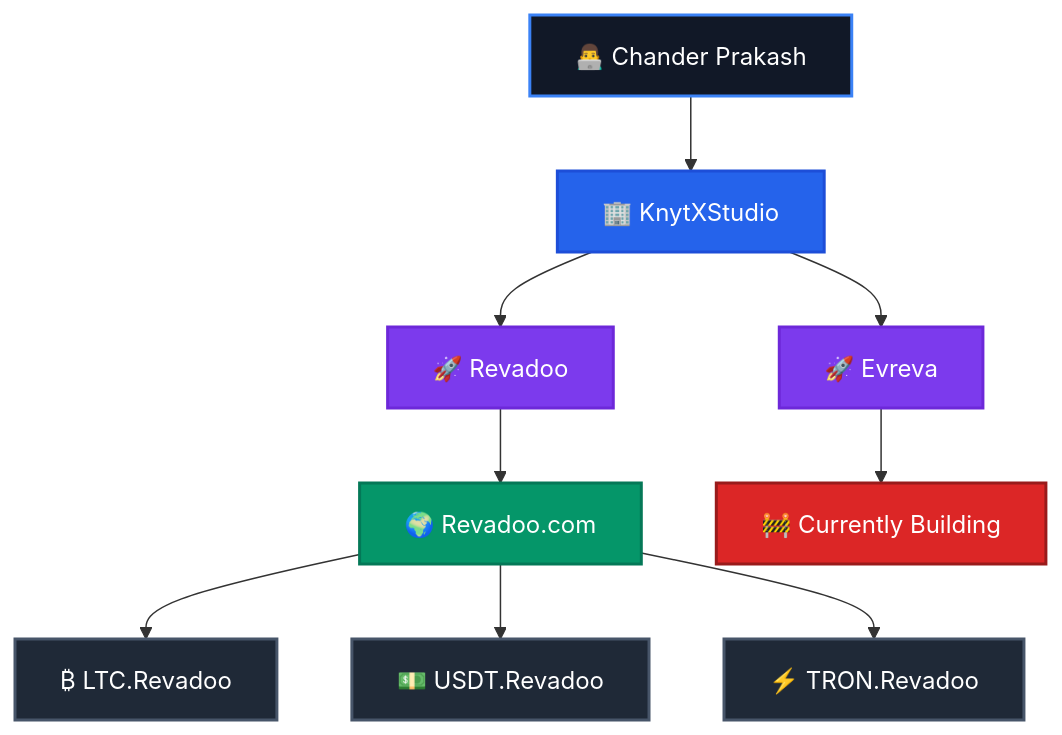
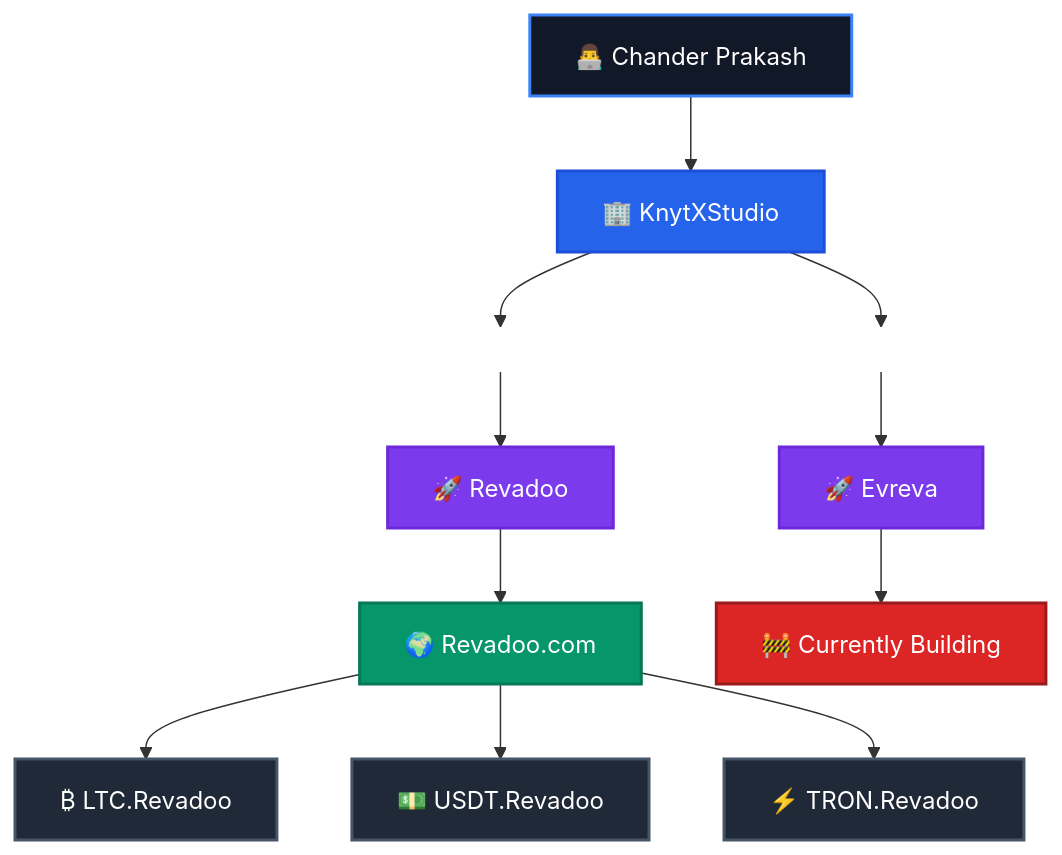
Before and after one commit to chander20256/chander20256: the diagram in README.md, drawn with Mermaid. The commit also changed other lines of this file, not shown here.

````diff
--- a/README.md
+++ b/README.md
@@ -27,46 +38,64 @@
 ```mermaid
 flowchart TB
 
-    CP["👨‍💻 Chander Prakash"]
+%% Founder
+CP["👨‍💻 Chander Prakash"]
 
-    KS["🏢 KnytXStudio"]
+%% Studio
+KS["🏢 KnytXStudio"]
 
-    REV["🚀 Revadoo"]
+%% Invisible spacing
+L[" "]
+R[" "]
 
-    EV["🚀 Evreva"]
+%% Projects
+REV["🚀 Revadoo"]
+EV["🚀 Evreva"]
 
-    MAIN["🌍 Revadoo.com"]
+%% Revadoo Website
+MAIN["🌍 Revadoo.com"]
 
-    LTC["₿ LTC.Revadoo"]
-    USDT["💵 USDT.Revadoo"]
-    TRON["⚡ TRON.Revadoo"]
+%% Subdomains
+LTC["₿ LTC.Revadoo"]
+USDT["💵 USDT.Revadoo"]
+TRON["⚡ TRON.Revadoo"]
 
-    BUILD["🚧 Currently Building"]
+%% Status
+BUILD["🚧 Currently Building"]
 
-    CP --> KS
+%% Connections
+CP --> KS
 
-    KS --> REV
-    KS --> EV
+KS --> L
+KS --> R
 
-    REV --> MAIN
+L --> REV
+R --> EV
 
-    MAIN --> LTC
-    MAIN --> USDT
-    MAIN --> TRON
+REV --> MAIN
 
-    EV --> BUILD
+MAIN --> LTC
+MAIN --> USDT
+MAIN --> TRON
 
-    classDef founder fill:#111827,color:#ffffff,stroke:#3B82F6,stroke-width:2px;
-    classDef studio fill:#2563EB,color:#ffffff,stroke:#1D4ED8,stroke-width:2px;
-    classDef project fill:#7C3AED,color:#ffffff,stroke:#6D28D9,stroke-width:2px;
-    classDef website fill:#059669,color:#ffffff,stroke:#047857,stroke-width:2px;
-    classDef portal fill:#1F2937,color:#ffffff,stroke:#475569,stroke-width:2px;
-    classDef status fill:#DC2626,color:#ffffff,stroke:#991B1B,stroke-width:2px;
+EV --> BUILD
 
-    class CP founder;
-    class KS studio;
-    class REV,EV project;
-    class MAIN website;
-    class LTC,USDT,TRON portal;
-    class BUILD status;
+%% Hide spacing nodes
+style L fill:none,stroke:none
+style R fill:none,stroke:none
+
+%% Colors
+classDef founder fill:#111827,color:#ffffff,stroke:#3B82F6,stroke-width:2px;
+classDef studio fill:#2563EB,color:#ffffff,stroke:#1D4ED8,stroke-width:2px;
+classDef project fill:#7C3AED,color:#ffffff,stroke:#6D28D9,stroke-width:2px;
+classDef website fill:#059669,color:#ffffff,stroke:#047857,stroke-width:2px;
+classDef portal fill:#1F2937,color:#ffffff,stroke:#475569,stroke-width:2px;
+classDef status fill:#DC2626,color:#ffffff,stroke:#991B1B,stroke-width:2px;
+
+class CP founder;
+class KS studio;
+class REV,EV project;
+class MAIN website;
+class LTC,USDT,TRON portal;
+class BUILD status;
 ```
````
